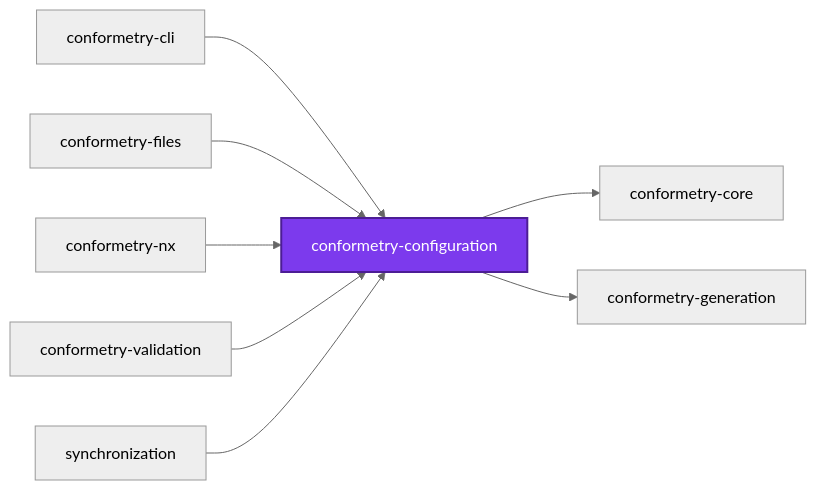
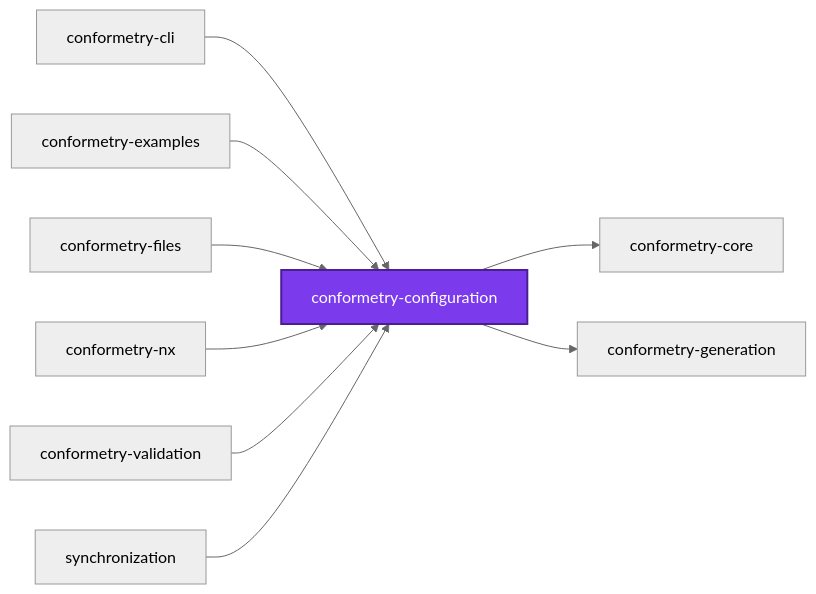
The first of 3 diagrams in packages/conformetry-configuration/README.md (JimmyPaolini/codebase), drawn with Mermaid (neutral theme) before and after one commit. The commit also changed other lines of this file and 25 other files, not shown here.

````diff
--- a/packages/conformetry-configuration/README.md
+++ b/packages/conformetry-configuration/README.md
@@ -461,20 +461,22 @@
 ```mermaid
 graph LR
   conformetry_cli["conformetry-cli"]
   conformetry_configuration["conformetry-configuration"]
   conformetry_core["conformetry-core"]
+  conformetry_examples["conformetry-examples"]
   conformetry_files["conformetry-files"]
   conformetry_generation["conformetry-generation"]
   conformetry_nx["conformetry-nx"]
   conformetry_validation["conformetry-validation"]
   synchronization["synchronization"]
   conformetry_cli --> conformetry_configuration
   conformetry_configuration --> conformetry_core
   conformetry_configuration --> conformetry_generation
+  conformetry_examples --> conformetry_configuration
   conformetry_files --> conformetry_configuration
   conformetry_nx --> conformetry_configuration
   conformetry_validation --> conformetry_configuration
   synchronization --> conformetry_configuration
   classDef subject fill:#7c3aed,color:#fff,stroke:#4c1d95,stroke-width:2px
   class conformetry_configuration subject
 ```
````
